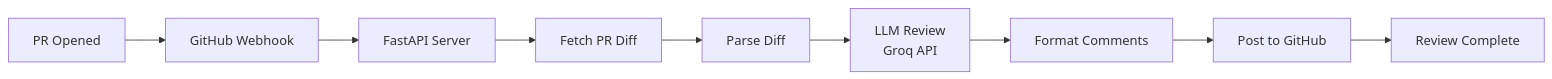
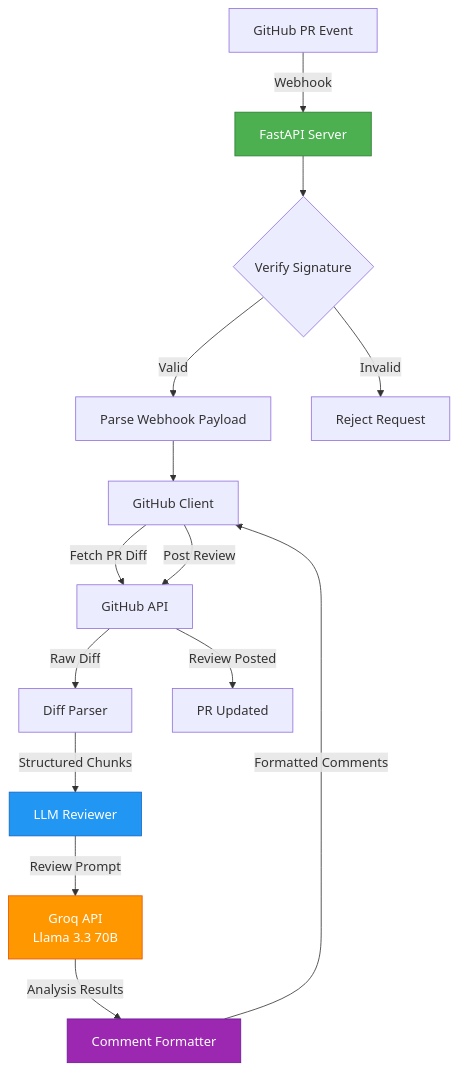
Before and after one commit to MihirJayswal812007/Ai-code-review-agent: the second of 3 diagrams in README.md, drawn with Mermaid. The commit also changed other lines of this file and 1 other file, not shown here.

````diff
--- a/README.md
+++ b/README.md
@@ -140,11 +190,21 @@
 ```mermaid
-flowchart LR
-    A[PR Opened] --> B[GitHub Webhook]
-    B --> C[FastAPI Server]
-    C --> D[Fetch PR Diff]
-    D --> E[Parse Diff]
-    E --> F[LLM Review<br/>Groq API]
-    F --> G[Format Comments]
-    G --> H[Post to GitHub]
-    H --> I[Review Complete]
+graph TD
+    A[GitHub PR Event] -->|Webhook| B[FastAPI Server]
+    B --> C{Verify Signature}
+    C -->|Valid| D[Parse Webhook Payload]
+    C -->|Invalid| E[Reject Request]
+    D --> F[GitHub Client]
+    F -->|Fetch PR Diff| G[GitHub API]
+    G -->|Raw Diff| H[Diff Parser]
+    H -->|Structured Chunks| I[LLM Reviewer]
+    I -->|Review Prompt| J[Groq API<br/>Llama 3.3 70B]
+    J -->|Analysis Results| K[Comment Formatter]
+    K -->|Formatted Comments| F
+    F -->|Post Review| G
+    G -->|Review Posted| L[PR Updated]
+    
+    style B fill:#4CAF50,stroke:#2E7D32,color:#fff
+    style I fill:#2196F3,stroke:#1565C0,color:#fff
+    style J fill:#FF9800,stroke:#E65100,color:#fff
+    style K fill:#9C27B0,stroke:#6A1B9A,color:#fff
 ```
````
